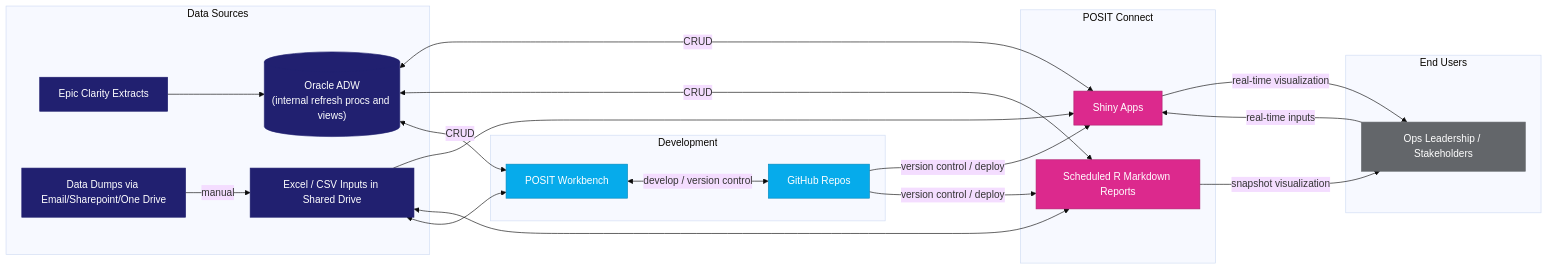
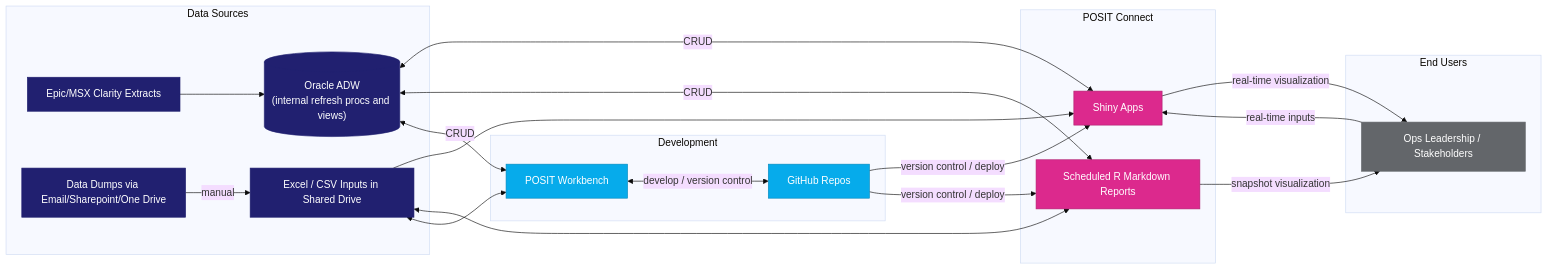
Before and after one commit to MSHS-OAO/Databricks-Tableau-User-Guide: the first of 3 diagrams in Databricks/README.md, drawn with Mermaid (base theme). The commit also changed other lines of this file, not shown here.

````diff
--- a/Databricks/README.md
+++ b/Databricks/README.md
@@ -2,46 +2,46 @@
 ```mermaid
 flowchart LR
     subgraph Sources["Data Sources"]
-        EPIC[Epic Clarity Extracts]
+        EPIC[Epic/MSX Clarity Extracts]
         ORA[("Oracle ADW<br>(internal refresh procs and views)")]
         EMAIL[Data Dumps via Email/Sharepoint/One Drive]
         XLS[Excel / CSV Inputs in Shared Drive]
     end
     subgraph DevOps["Development"]
         RS[POSIT Workbench]
         GH[GitHub Repos]
     end
     subgraph Deploy["POSIT Connect"]
         SHINY[Shiny Apps]
         RPT[Scheduled R Markdown Reports]
     end
     subgraph Users["End Users"]
         USR[Ops Leadership / Stakeholders]
     end
 
     EPIC --> ORA
     EMAIL -->|manual| XLS
     ORA <-->|CRUD| SHINY
     ORA <-->|CRUD| RPT
     ORA <-->|CRUD| RS
     XLS --> SHINY
     XLS <--> RPT
     XLS <--> RS
     RS <-->|develop / version control| GH
     GH -->|version control / deploy| SHINY
     GH -->|version control / deploy| RPT
     SHINY -->|real-time visualization| USR
     RPT -->|snapshot visualization| USR
     USR -->|real-time inputs| SHINY
 
     classDef navy fill:#212070,stroke:#212070,color:#ffffff
     classDef animate stroke-dasharray: 9,5,stroke-dashoffset: 900,animation: dash 25s linear infinite
     classDef cyan fill:#06ABEB,stroke:#0689BC,color:#ffffff
     classDef magenta fill:#DC298D,stroke:#B02171,color:#ffffff
     classDef gray fill:#63666A,stroke:#63666A,color:#ffffff
     class EPIC,ORA,EMAIL,XLS navy
     class RS,GH cyan
     class SHINY,RPT magenta
     class e1 animate
     class USR gray
 ```
````
